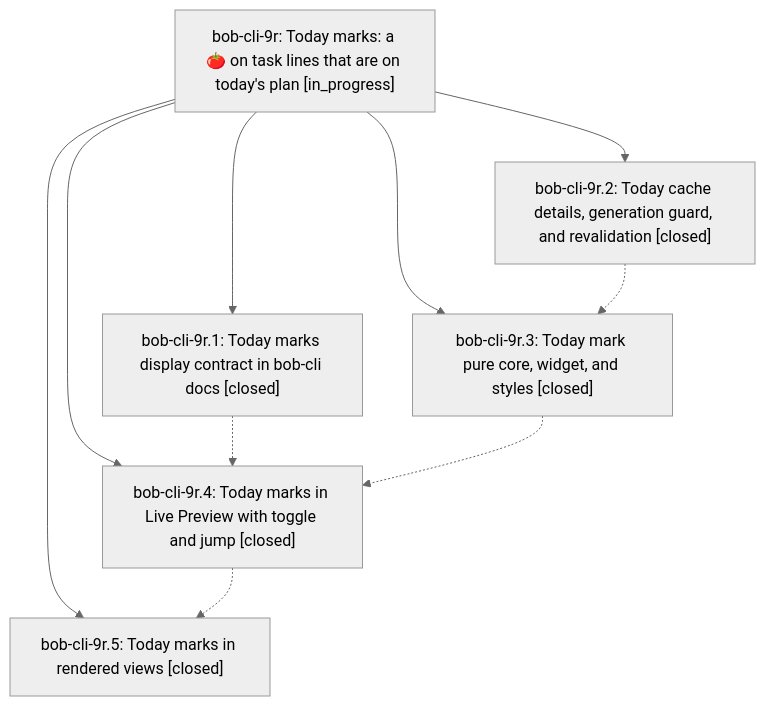
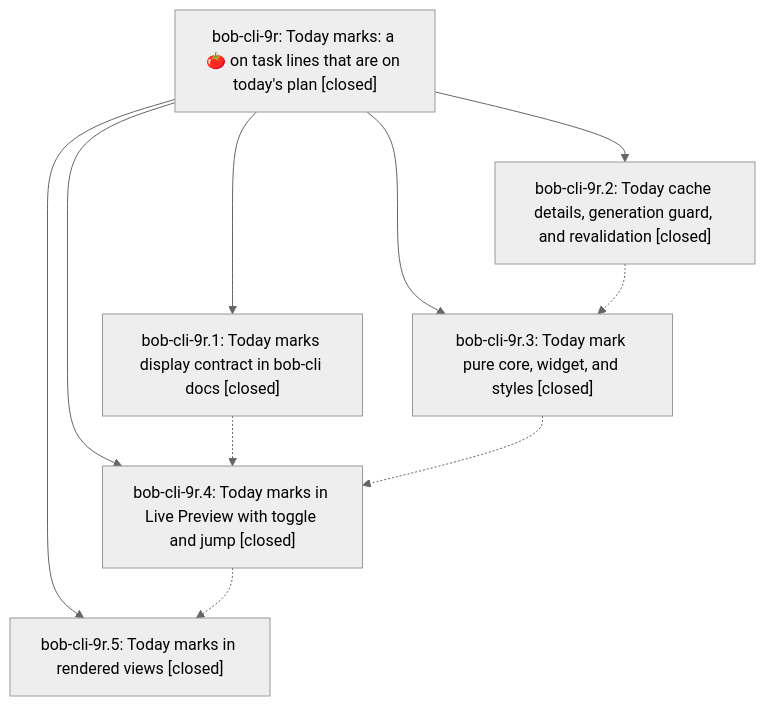
The diagram in pages/bob-cli-9r/README.md (bobs-org/bob-cli--beads), drawn with Mermaid (neutral theme) before and after one commit. The commit also changed other lines of this file and 1 other file, not shown here.

First line of the commit message:
chore(beads): sync bead state and pages for bob-cli-9r

````diff
--- a/pages/bob-cli-9r/README.md
+++ b/pages/bob-cli-9r/README.md
@@ -40,18 +48,18 @@
 ```mermaid
 flowchart TD
-    n0["bob-cli-9r: Today marks: a 🍅 on task lines that are on today's plan [in_progress]"]
+    n0["bob-cli-9r: Today marks: a 🍅 on task lines that are on today's plan [closed]"]
     n1["bob-cli-9r.1: Today marks display contract in bob-cli docs [closed]"]
     n2["bob-cli-9r.2: Today cache details, generation guard, and revalidation [closed]"]
     n3["bob-cli-9r.3: Today mark pure core, widget, and styles [closed]"]
     n4["bob-cli-9r.4: Today marks in Live Preview with toggle and jump [closed]"]
     n5["bob-cli-9r.5: Today marks in rendered views [closed]"]
     n0 --> n1
     n0 --> n2
     n0 --> n3
     n0 --> n4
     n0 --> n5
     n1 -.-> n4
     n2 -.-> n3
     n3 -.-> n4
     n4 -.-> n5
 ```
````
